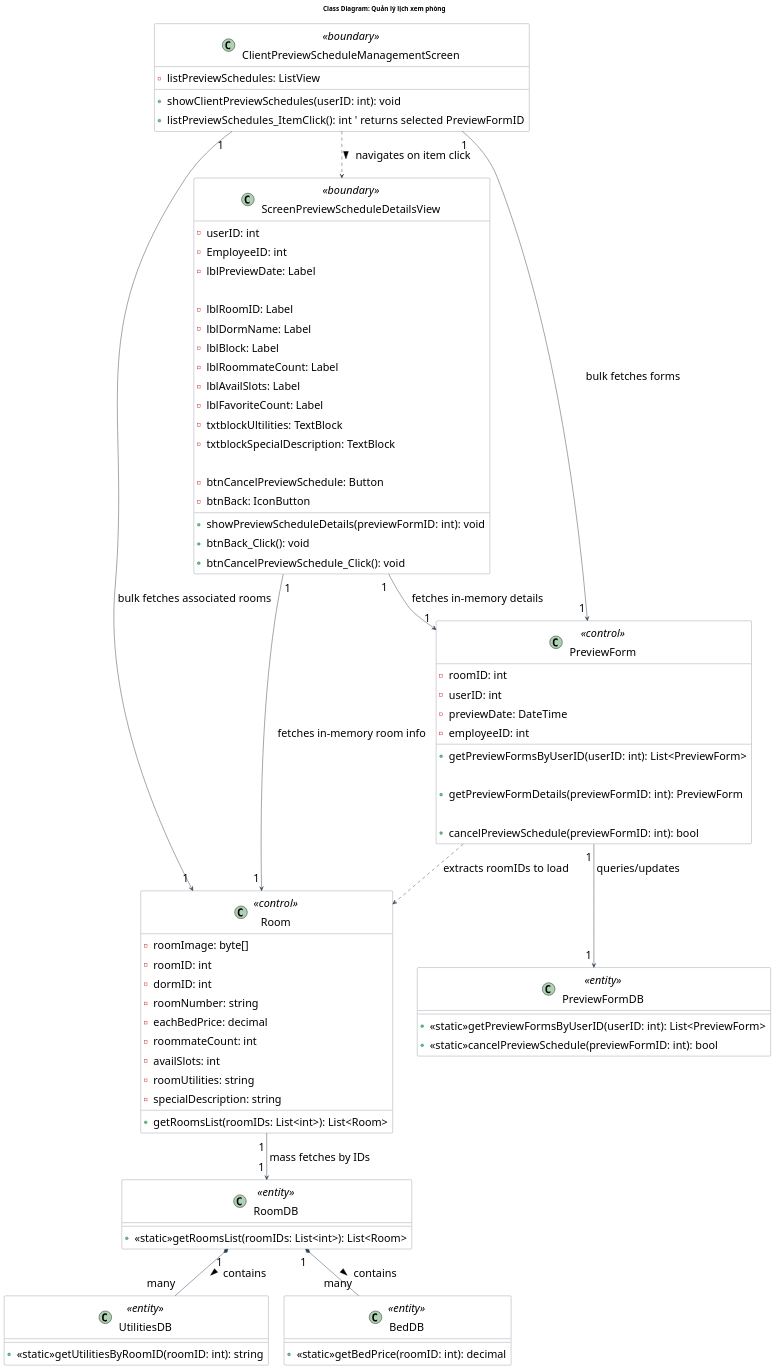
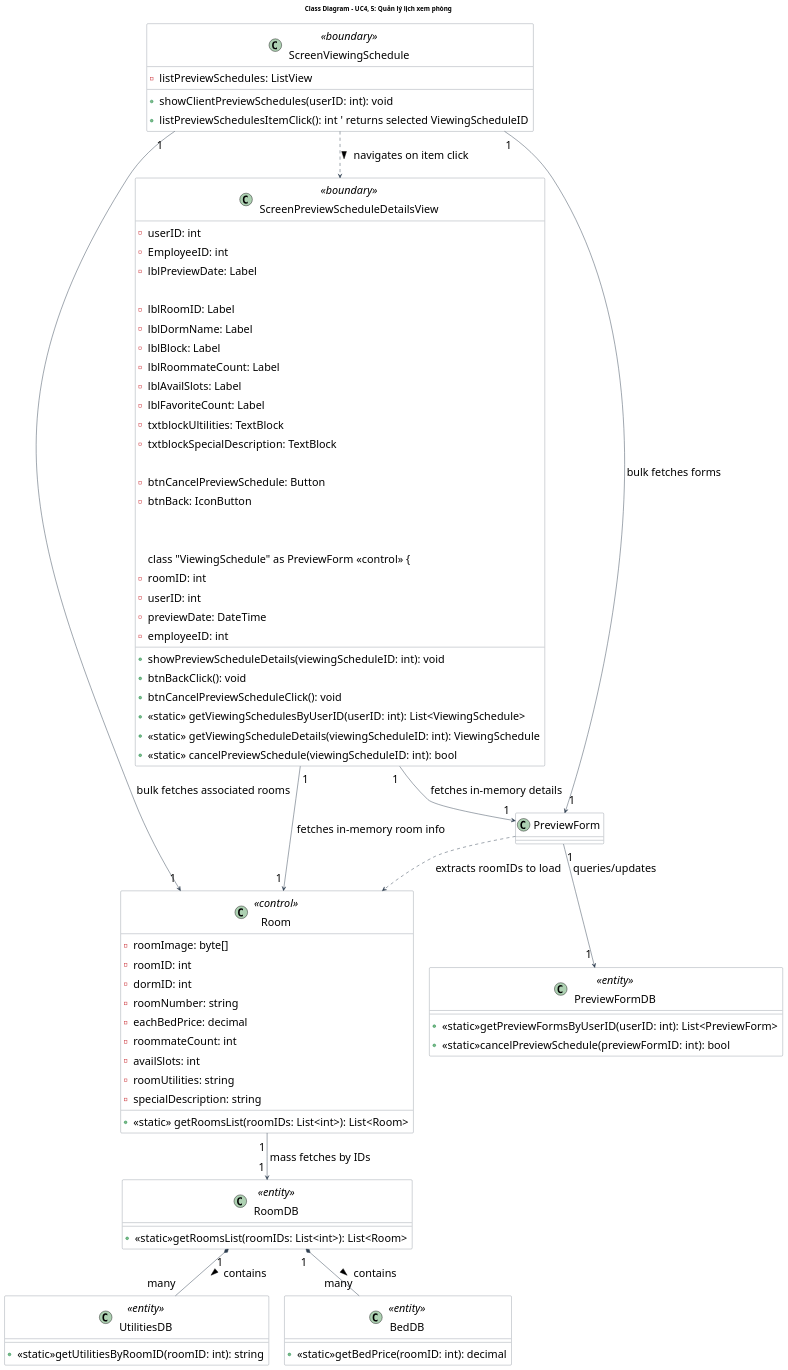
The diagram in doc/system/quan_ly_lich_xem_phong/quan_ly_lich_xem_phong_class.wsd (Gnourt812005/HCMUS-Analyze-and-desgin-IS), drawn with PlantUML before and after one commit. The commit also changed 48 other files, not shown here.

Commit message:
sys-uc: align format diagram

```diff
--- a/doc/system/quan_ly_lich_xem_phong/quan_ly_lich_xem_phong_class.wsd
+++ b/doc/system/quan_ly_lich_xem_phong/quan_ly_lich_xem_phong_class.wsd
@@ -1,111 +1,108 @@
 @startuml QuanLyLichXemPhong_ClassDiagram
-title Class Diagram: Quản lý lịch xem phòng
+title Class Diagram - UC4, 5: Quản lý lịch xem phòng
 
 ' --- STYLE CONFIGURATION ---
 skinparam {
     ClassBackgroundColor White
     ClassBorderColor #2D3E50
     ArrowColor #2D3E50
     DefaultFontName "Arial"
     DefaultFontSize 24
     Padding 5
 }
 
 ' --- BOUNDARY LAYER ---
-class "ClientPreviewScheduleManagementScreen" as PreviewManagementScreen <<boundary>> {
+class "ScreenViewingSchedule" as PreviewManagementScreen <<boundary>> {
     - listPreviewSchedules: ListView
 
     + showClientPreviewSchedules(userID: int): void
-    + listPreviewSchedules_ItemClick(): int ' returns selected  PreviewFormID
+    + listPreviewSchedulesItemClick(): int ' returns selected ViewingScheduleID
 }
 
 class "ScreenPreviewScheduleDetailsView" as PreviewScheduleDetailsView <<boundary>> {
     - userID: int
     - EmployeeID: int
     - lblPreviewDate: Label
 
     - lblRoomID: Label
     - lblDormName: Label
     - lblBlock: Label
     - lblRoommateCount: Label
     - lblAvailSlots: Label
     - lblFavoriteCount: Label
     - txtblockUltilities: TextBlock
     - txtblockSpecialDescription: TextBlock
 
     - btnCancelPreviewSchedule: Button
     - btnBack: IconButton
 
-    + showPreviewScheduleDetails(previewFormID: int): void
-    + btnBack_Click(): void
-    + btnCancelPreviewSchedule_Click(): void
-}
+    + showPreviewScheduleDetails(viewingScheduleID: int): void
+    + btnBackClick(): void
+    + btnCancelPreviewScheduleClick(): void
 
 ' --- BUSINESS LAYER ---
-class "PreviewForm" as PreviewForm <<control>> {
+class "ViewingSchedule" as PreviewForm <<control>> {
     - roomID: int
     - userID: int
     - previewDate: DateTime
     - employeeID: int
 
-    + getPreviewFormsByUserID(userID: int): List<PreviewForm>
-
-    + getPreviewFormDetails(previewFormID: int): PreviewForm
-
-    + cancelPreviewSchedule(previewFormID: int): bool
+    + <<static>> getViewingSchedulesByUserID(userID: int): List<ViewingSchedule>
+    + <<static>> getViewingScheduleDetails(viewingScheduleID: int): ViewingSchedule
+    + <<static>> cancelPreviewSchedule(viewingScheduleID: int): bool
 }
 
 class "Room" as Room <<control>> {
     - roomImage: byte[]
     - roomID: int
     - dormID: int
     - roomNumber: string
     - eachBedPrice: decimal
     - roommateCount: int
     - availSlots: int
     - roomUtilities: string
     - specialDescription: string
 
-    + getRoomsList(roomIDs: List<int>): List<Room>
+    + <<static>> getRoomsList(roomIDs: List<int>): List<Room>
 }
 
 ' --- DATABASE LAYER ---
 class "PreviewFormDB" as PreviewDB <<entity>> {
     + <<static>>getPreviewFormsByUserID(userID: int): List<PreviewForm>
     + <<static>>cancelPreviewSchedule(previewFormID: int): bool
 }
 
 class "RoomDB" as RoomDB <<entity>> {
     + <<static>>getRoomsList(roomIDs: List<int>): List<Room>
 }
 
 class "UtilitiesDB" as UtilitiesDB <<entity>> {
     + <<static>>getUtilitiesByRoomID(roomID: int): string
 }
 
 class "BedDB" as BedDB <<entity>> {
     + <<static>>getBedPrice(roomID: int): decimal
 }
 
 ' --- RELATIONSHIPS ---
 ' 1. Screen flows (Navigation)
 PreviewManagementScreen ..> PreviewScheduleDetailsView : "navigates on item click >"
 
 ' 2. Boundary to Business connections
 PreviewManagementScreen "1" --> "1" PreviewForm : "bulk fetches forms"
 PreviewManagementScreen "1" --> "1" Room : "bulk fetches associated rooms"
 
 PreviewScheduleDetailsView "1" --> "1" PreviewForm : "fetches in-memory details"
 PreviewScheduleDetailsView "1" --> "1" Room : "fetches in-memory room info"
 ' 3. Business Dependencies
 PreviewForm ..> Room : "extracts roomIDs to load"
 
 ' 4. Business to Database connections
 PreviewForm "1" --> "1" PreviewDB : "queries/updates"
 Room "1" --> "1" RoomDB : "mass fetches by IDs"
 
 ' 5. Entity / Database connections
 RoomDB "1" *-- "many" UtilitiesDB : "contains >"
 RoomDB "1" *-- "many" BedDB : "contains >"
 
 @enduml
```
